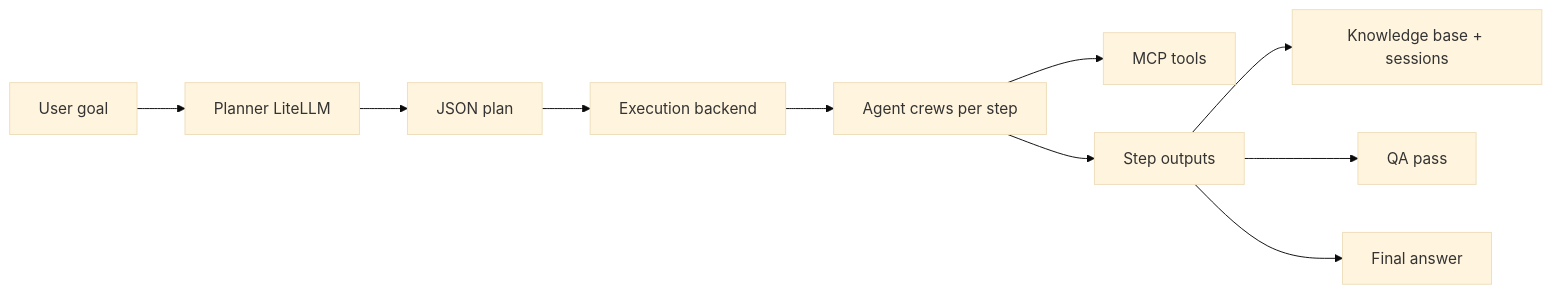
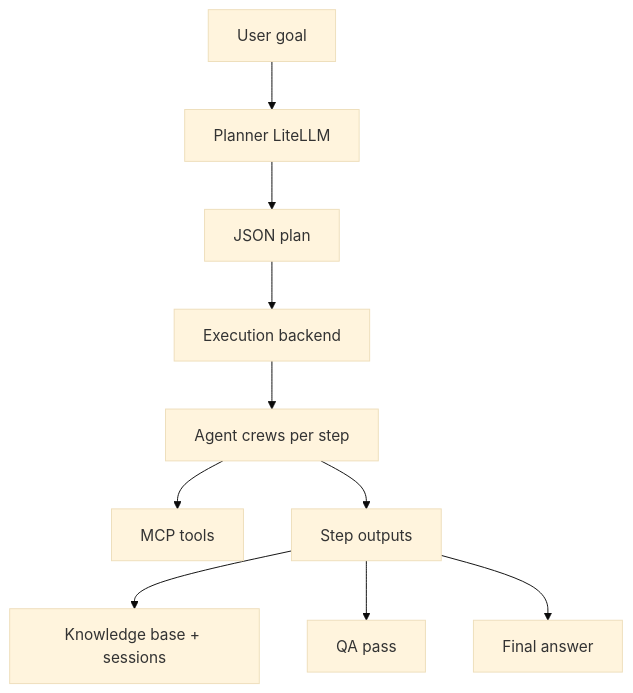
Before and after one commit to zlatko-lakisic/agentic-orchestration: the diagram in docs/architecture/index.md, drawn with Mermaid (base theme).

Commit message:
Use top-to-bottom layout for architecture flowchart.

````diff
--- a/docs/architecture/index.md
+++ b/docs/architecture/index.md
@@ -13,12 +13,12 @@
 ```mermaid
-flowchart LR
+flowchart TB
   User[User goal] --> Planner
   Planner[Planner LiteLLM] --> Plan[JSON plan]
   Plan --> Runner[Execution backend]
   Runner --> Agents[Agent crews per step]
   Agents --> MCP[MCP tools]
   Agents --> Output[Step outputs]
   Output --> KB[Knowledge base + sessions]
   Output --> QA[QA pass]
   Output --> User2[Final answer]
 ```
````
